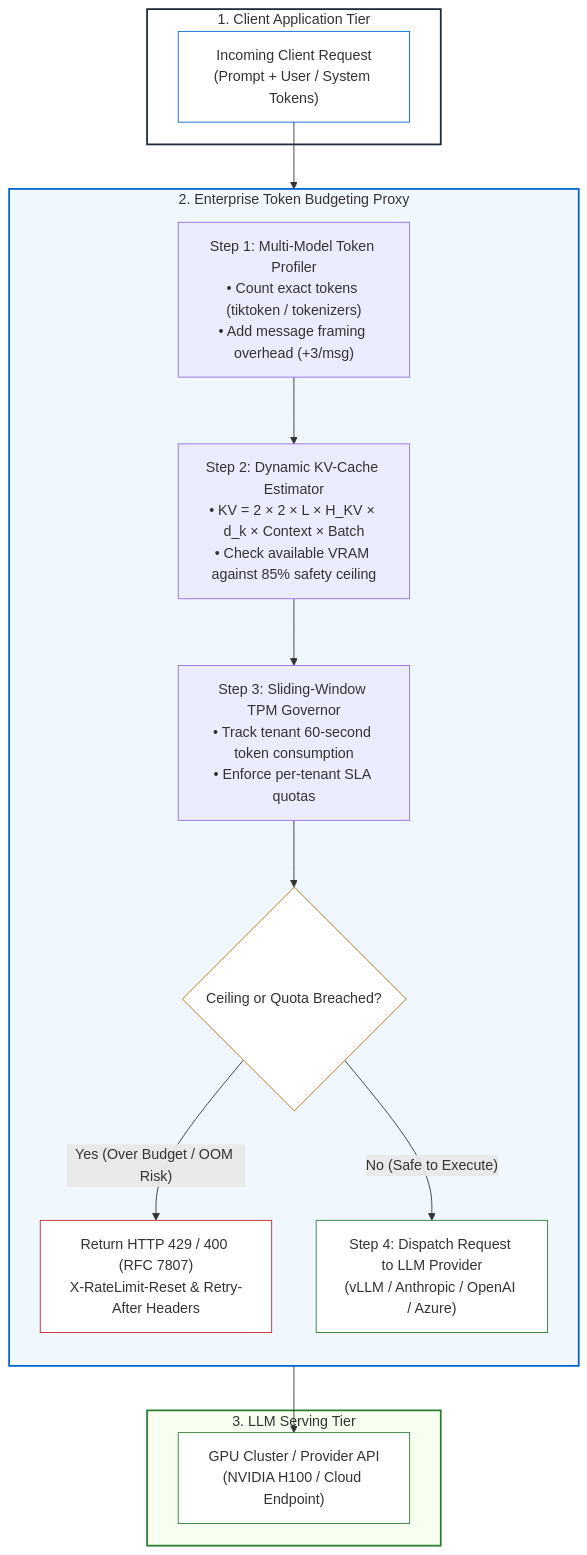
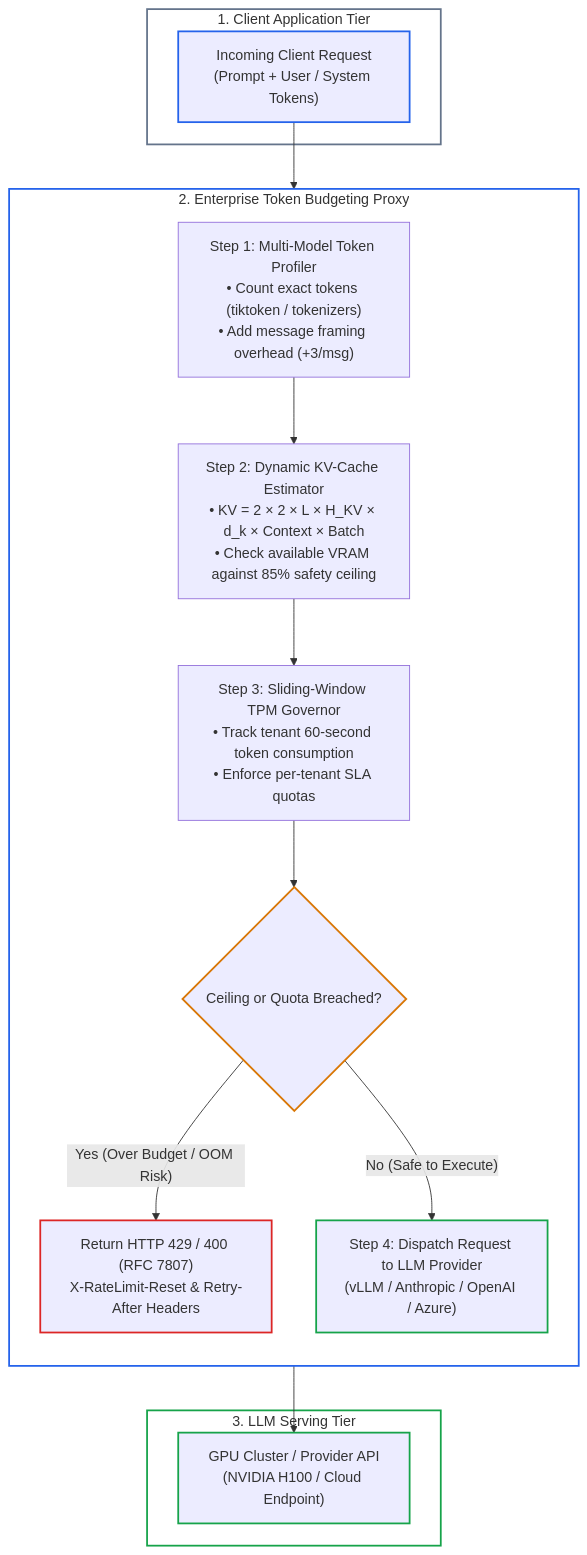
The diagram in 00-foundations-and-token-mechanics/labs/capstone-token-economics-analyzer.md (dip4k/senior-engineer-to-ai-engineer-roadmap), drawn with Mermaid before and after one commit. The commit also changed 15 other files, not shown here.

First line of the commit message:
feat(curriculum): theme-adaptive diagrams, low-node modular flows, and Phase 00 beginner-style refactor

````diff
--- a/00-foundations-and-token-mechanics/labs/capstone-token-economics-analyzer.md
+++ b/00-foundations-and-token-mechanics/labs/capstone-token-economics-analyzer.md
@@ -24,43 +24,43 @@
 ```mermaid
 flowchart TD
     subgraph CLIENT_TIER["1. Client Application Tier"]
         Req["Incoming Client Request<br>(Prompt + User / System Tokens)"]
     end
 
     subgraph PROXY_TIER["2. Enterprise Token Budgeting Proxy"]
         direction TB
 
         T_Profile["Step 1: Multi-Model Token Profiler<br>• Count exact tokens (tiktoken / tokenizers)<br>• Add message framing overhead (+3/msg)"]
         
         KV_Calc["Step 2: Dynamic KV-Cache Estimator<br>• KV = 2 × 2 × L × H_KV × d_k × Context × Batch<br>• Check available VRAM against 85% safety ceiling"]
         
         TPM_Check["Step 3: Sliding-Window TPM Governor<br>• Track tenant 60-second token consumption<br>• Enforce per-tenant SLA quotas"]
         
         Breach{"Ceiling or Quota Breached?"}
         
         Err429["Return HTTP 429 / 400 (RFC 7807)<br>X-RateLimit-Reset & Retry-After Headers"]
         Dispatch["Step 4: Dispatch Request to LLM Provider<br>(vLLM / Anthropic / OpenAI / Azure)"]
 
         Req --> T_Profile
         T_Profile --> KV_Calc
         KV_Calc --> TPM_Check
         TPM_Check --> Breach
         Breach -- "Yes (Over Budget / OOM Risk)" --> Err429
         Breach -- "No (Safe to Execute)" --> Dispatch
     end
 
     subgraph BACKEND_TIER["3. LLM Serving Tier"]
         GPU_Cluster["GPU Cluster / Provider API<br>(NVIDIA H100 / Cloud Endpoint)"]
         Dispatch --> GPU_Cluster
     end
 
-    style CLIENT_TIER fill:#ffffff,stroke:#1e293b,stroke-width:2px
-    style PROXY_TIER fill:#f0f7ff,stroke:#0066cc,stroke-width:2px
-    style BACKEND_TIER fill:#f6fff0,stroke:#2e7d32,stroke-width:2px
+    style CLIENT_TIER fill:none,stroke:#64748b,stroke-width:2px
+    style PROXY_TIER fill:none,stroke:#2563eb,stroke-width:2px
+    style BACKEND_TIER fill:none,stroke:#16a34a,stroke-width:2px
 
-    style Req fill:#ffffff,stroke:#0066cc,stroke-width:1px
-    style Breach fill:#ffffff,stroke:#b26b00,stroke-width:1px
-    style Err429 fill:#ffffff,stroke:#c62828,stroke-width:1px
-    style Dispatch fill:#ffffff,stroke:#2e7d32,stroke-width:1px
-    style GPU_Cluster fill:#ffffff,stroke:#2e7d32,stroke-width:1px
+    style Req stroke:#2563eb,stroke-width:2px
+    style Breach stroke:#d97706,stroke-width:2px
+    style Err429 stroke:#dc2626,stroke-width:2px
+    style Dispatch stroke:#16a34a,stroke-width:2px
+    style GPU_Cluster stroke:#16a34a,stroke-width:2px
 ```
````
